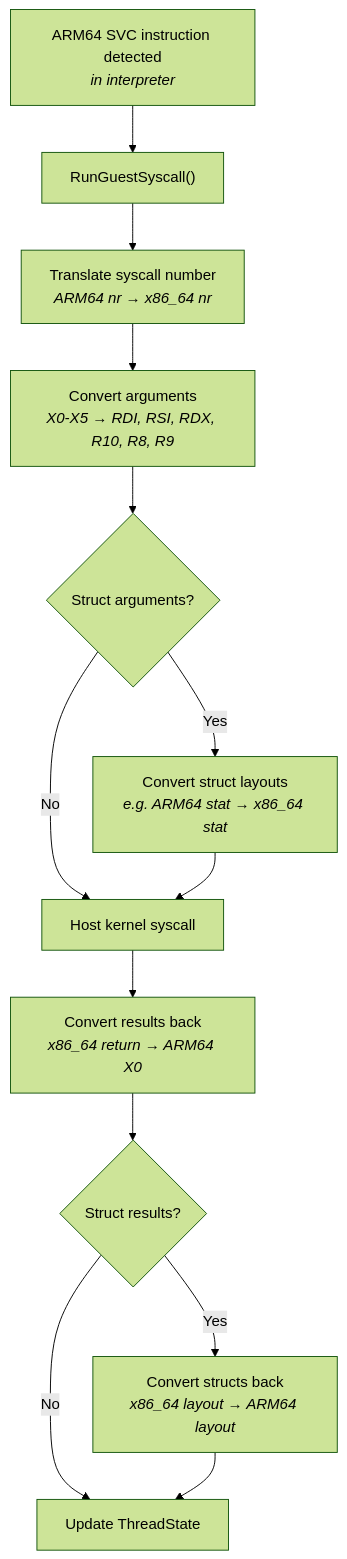
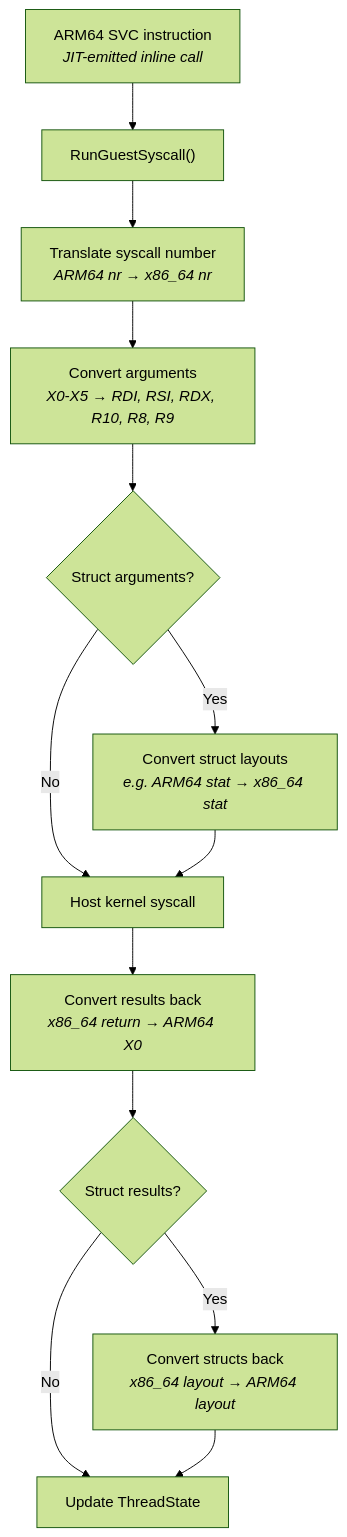
Diagram 16 of 50 in docs/how-it-works.md (DigitalisX64/digitalis), drawn with Mermaid (forest theme) before and after one commit. The commit also changed other lines of this file and 2 other files, not shown here.

````diff
--- a/docs/how-it-works.md
+++ b/docs/how-it-works.md
@@ -956,15 +1012,15 @@
 ```mermaid
 graph TD
-    A["ARM64 SVC instruction detected<br/><i>in interpreter</i>"] --> B["RunGuestSyscall()"]
+    A["ARM64 SVC instruction<br/><i>JIT-emitted inline call</i>"] --> B["RunGuestSyscall()"]
     B --> C["Translate syscall number<br/><i>ARM64 nr → x86_64 nr</i>"]
     C --> D["Convert arguments<br/><i>X0-X5 → RDI, RSI, RDX, R10, R8, R9</i>"]
     D --> E{"Struct arguments?"}
     E -->|"Yes"| F["Convert struct layouts<br/><i>e.g. ARM64 stat → x86_64 stat</i>"]
     E -->|"No"| G["Host kernel syscall"]
     F --> G
     G --> H["Convert results back<br/><i>x86_64 return → ARM64 X0</i>"]
     H --> I{"Struct results?"}
     I -->|"Yes"| J["Convert structs back<br/><i>x86_64 layout → ARM64 layout</i>"]
     I -->|"No"| K["Update ThreadState"]
     J --> K
 ```
````
